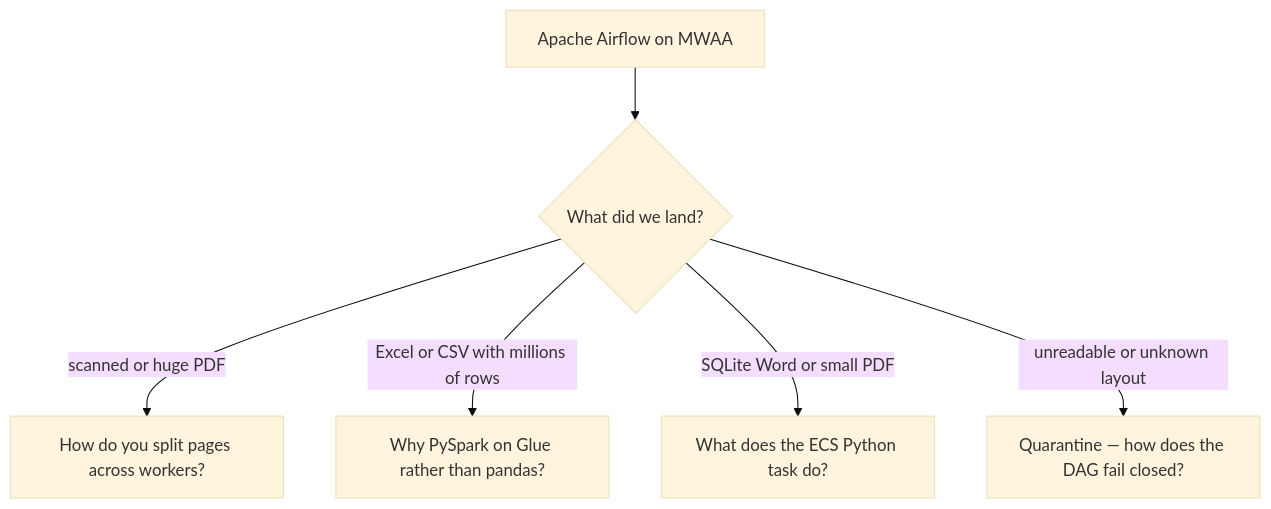
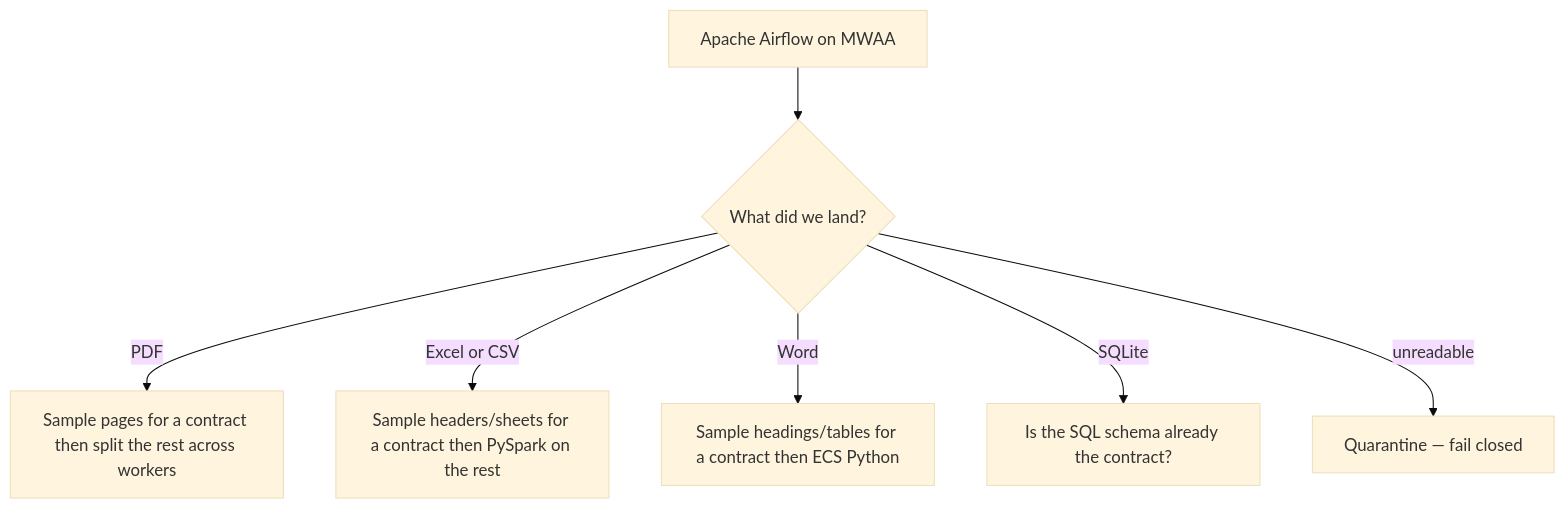
One commit to arielmmdx/document-intelligence-lake changed the diagram in candidate/diagrams/02_compute_choices.mmd. Above: the diagram before and after it, drawn with Mermaid (base theme). The commit also changed 8 other files, not shown here.

Commit message:
Clarify layout discovery for Excel and Word: sample then scale extract.

```diff
--- a/candidate/diagrams/02_compute_choices.mmd
+++ b/candidate/diagrams/02_compute_choices.mmd
@@ -1,10 +1,11 @@
 %% 02 — Compute choices you must design. Paste into https://mermaid.live
-%% Airflow (MWAA) orchestrates all of these. Workers are ECS Python or Glue PySpark.
+%% Layout/contract first (sample). Scale extract second. Airflow orchestrates both.
 flowchart TB
   AF[Apache Airflow on MWAA]
   AF --> Q{What did we land?}
 
-  Q -->|scanned or huge PDF| PAGES[How do you split pages across workers?]
-  Q -->|Excel or CSV with millions of rows| SPARK[Why PySpark on Glue rather than pandas?]
-  Q -->|SQLite Word or small PDF| PY[What does the ECS Python task do?]
-  Q -->|unreadable or unknown layout| QZ[Quarantine — how does the DAG fail closed?]
+  Q -->|PDF| PAGES[Sample pages for a contract then split the rest across workers]
+  Q -->|Excel or CSV| SPARK[Sample headers/sheets for a contract then PySpark on the rest]
+  Q -->|Word| WORD[Sample headings/tables for a contract then ECS Python]
+  Q -->|SQLite| PY[Is the SQL schema already the contract?]
+  Q -->|unreadable| QZ[Quarantine — fail closed]
```
